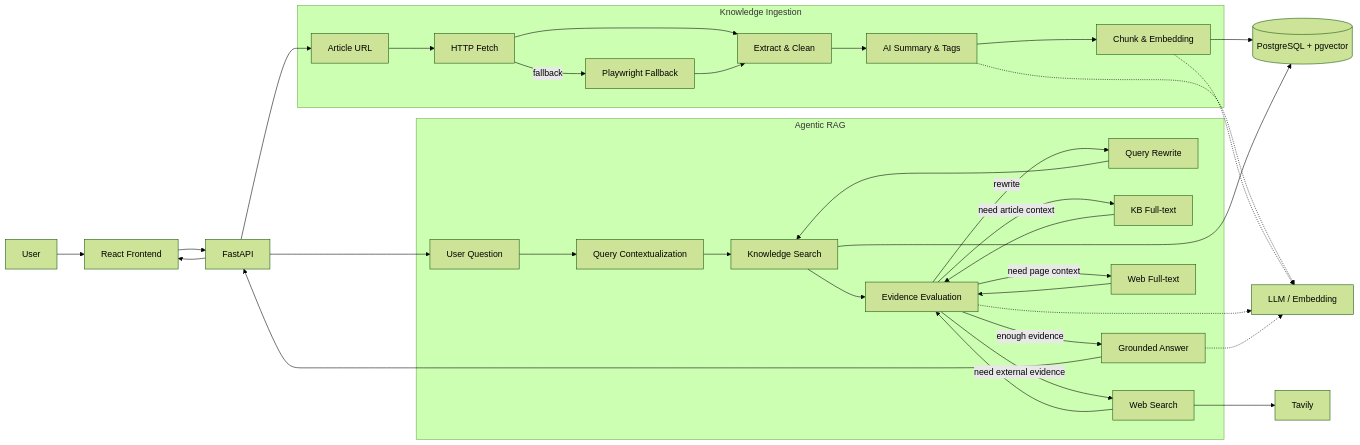
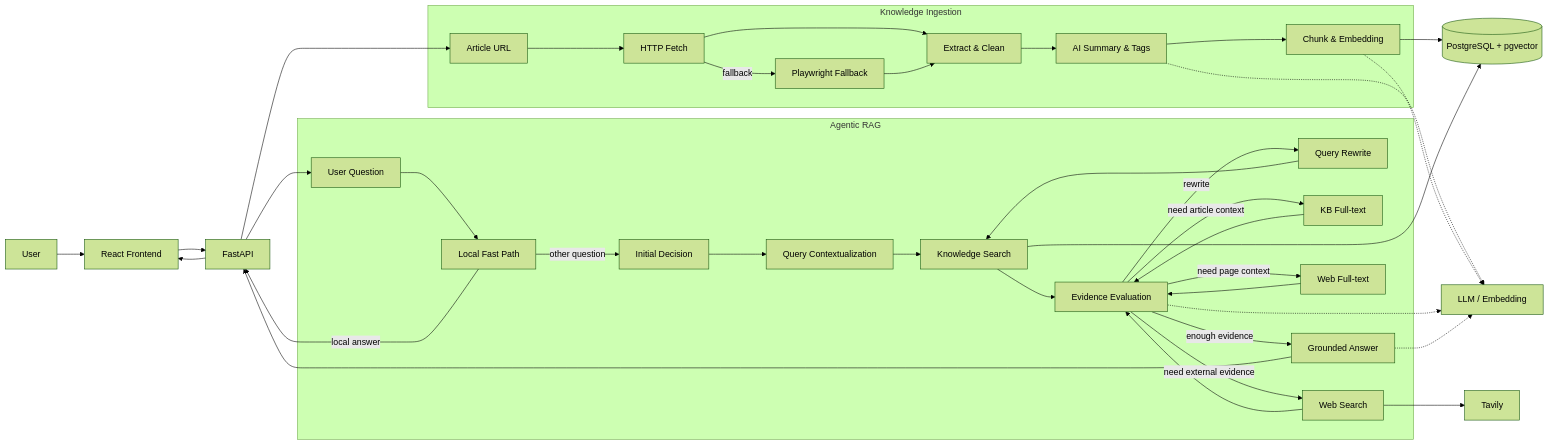
The diagram in README.md (Harrymiracle/GistAI), drawn with Mermaid (forest theme) before and after one commit. The commit also changed other lines of this file and 1 other file, not shown here.

````diff
--- a/README.md
+++ b/README.md
@@ -61,64 +65,69 @@
 ```mermaid
 flowchart LR
     U[User] --> FE[React Frontend]
     FE --> API[FastAPI]
 
     subgraph ING[Knowledge Ingestion]
         URL[Article URL]
         FETCH[HTTP Fetch]
         PW[Playwright Fallback]
         CLEAN[Extract & Clean]
         SUM[AI Summary & Tags]
         CHUNK[Chunk & Embedding]
     end
 
     subgraph AGENT[Agentic RAG]
         Q[User Question]
+        FAST[Local Fast Path]
+        INIT[Initial Decision]
         CTX[Query Contextualization]
         KB[Knowledge Search]
         DEC[Evidence Evaluation]
         RW[Query Rewrite]
         FULL[KB Full-text]
         WEB[Web Search]
         PAGE[Web Full-text]
         ANS[Grounded Answer]
     end
 
     DB[(PostgreSQL + pgvector)]
     LLM[LLM / Embedding]
     TAV[Tavily]
 
     API --> URL
     URL --> FETCH
     FETCH -->|fallback| PW
     FETCH --> CLEAN
     PW --> CLEAN
     CLEAN --> SUM
     SUM --> CHUNK
     CHUNK --> DB
 
     SUM -.-> LLM
     CHUNK -.-> LLM
 
     API --> Q
-    Q --> CTX
+    Q --> FAST
+    FAST -->|local answer| API
+    FAST -->|other question| INIT
+    INIT --> CTX
     CTX --> KB
     KB --> DB
     KB --> DEC
 
     DEC -->|enough evidence| ANS
     DEC -->|rewrite| RW
     RW --> KB
     DEC -->|need article context| FULL
     FULL --> DEC
     DEC -->|need external evidence| WEB
     WEB --> TAV
     WEB --> DEC
     DEC -->|need page context| PAGE
     PAGE --> DEC
 
     DEC -.-> LLM
     ANS -.-> LLM
     ANS --> API
     API --> FE
 ```
````
